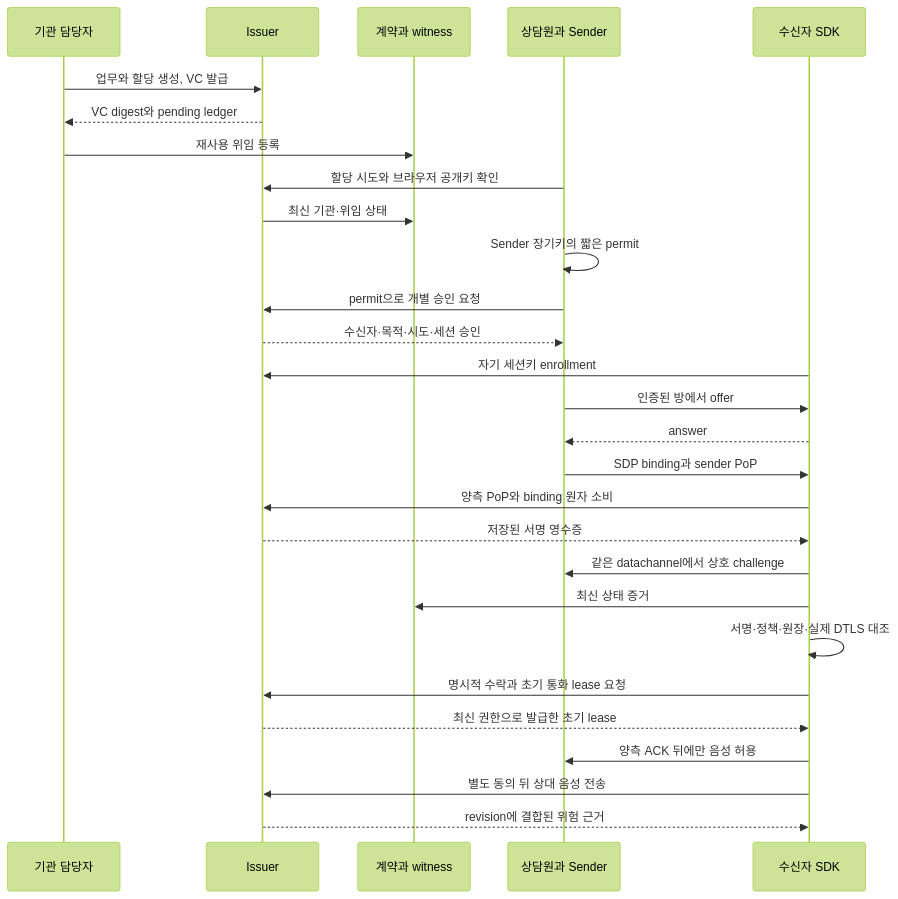
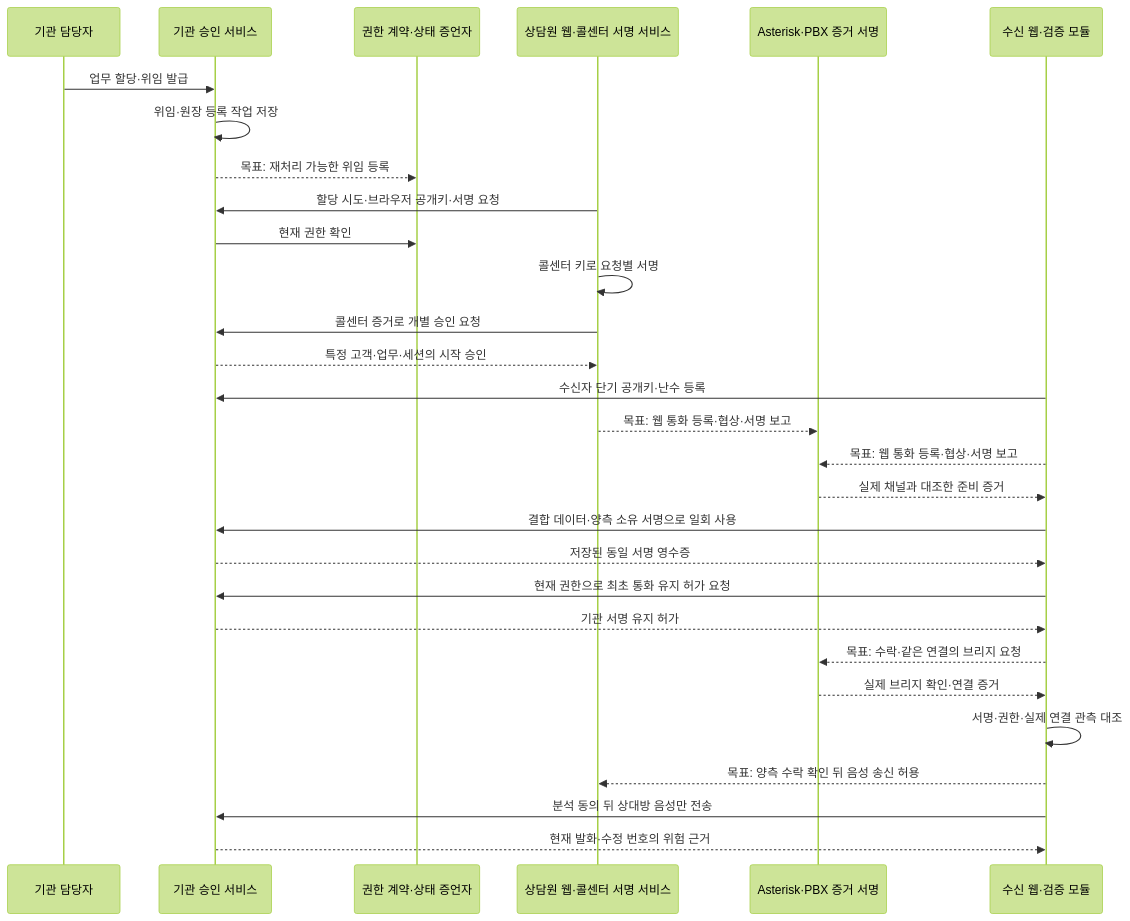
One commit to 0u-Y/CallSign changed the third of 7 diagrams in docs/MASTER-DEVELOPMENT-SPEC.md. Above: the diagram before and after it, drawn with Mermaid (forest theme). The commit also changed other lines of this file and 20 other files, not shown here.

````diff
--- a/docs/MASTER-DEVELOPMENT-SPEC.md
+++ b/docs/MASTER-DEVELOPMENT-SPEC.md
@@ -118,30 +142,31 @@
 ```mermaid
 sequenceDiagram
   participant O as 기관 담당자
-  participant I as Issuer
-  participant L as 계약과 witness
-  participant G as 상담원과 Sender
-  participant R as 수신자 SDK
-  O->>I: 업무와 할당 생성, VC 발급
-  I-->>O: VC digest와 pending ledger
-  O->>L: 재사용 위임 등록
-  G->>I: 할당 시도와 브라우저 공개키 확인
-  I->>L: 최신 기관·위임 상태
-  G->>G: Sender 장기키의 짧은 permit
-  G->>I: permit으로 개별 승인 요청
-  I-->>G: 수신자·목적·시도·세션 승인
-  R->>I: 자기 세션키 enrollment
-  G->>R: 인증된 방에서 offer
-  R-->>G: answer
-  G->>R: SDP binding과 sender PoP
-  R->>I: 양측 PoP와 binding 원자 소비
-  I-->>R: 저장된 서명 영수증
-  R->>G: 같은 datachannel에서 상호 challenge
-  R->>L: 최신 상태 증거
-  R->>R: 서명·정책·원장·실제 DTLS 대조
-  R->>I: 명시적 수락과 초기 통화 lease 요청
-  I-->>R: 최신 권한으로 발급한 초기 lease
-  R->>G: 양측 ACK 뒤에만 음성 허용
-  R->>I: 별도 동의 뒤 상대 음성 전송
-  I-->>R: revision에 결합된 위험 근거
+  participant I as 기관 승인 서비스
+  participant L as 권한 계약·상태 증언자
+  participant G as 상담원 웹·콜센터 서명 서비스
+  participant P as Asterisk·PBX 증거 서명
+  participant R as 수신 웹·검증 모듈
+  O->>I: 업무 할당·위임 발급
+  I->>I: 위임·원장 등록 작업 저장
+  I-->>L: 목표: 재처리 가능한 위임 등록
+  G->>I: 할당 시도·브라우저 공개키·서명 요청
+  I->>L: 현재 권한 확인
+  G->>G: 콜센터 키로 요청별 서명
+  G->>I: 콜센터 증거로 개별 승인 요청
+  I-->>G: 특정 고객·업무·세션의 시작 승인
+  R->>I: 수신자 단기 공개키·난수 등록
+  G-->>P: 목표: 웹 통화 등록·협상·서명 보고
+  R-->>P: 목표: 웹 통화 등록·협상·서명 보고
+  P-->>R: 실제 채널과 대조한 준비 증거
+  R->>I: 결합 데이터·양측 소유 서명으로 일회 사용
+  I-->>R: 저장된 동일 서명 영수증
+  R->>I: 현재 권한으로 최초 통화 유지 허가 요청
+  I-->>R: 기관 서명 유지 허가
+  R-->>P: 목표: 수락·같은 연결의 브리지 요청
+  P-->>R: 실제 브리지 확인·연결 증거
+  R->>R: 서명·권한·실제 연결 관측 대조
+  R-->>G: 목표: 양측 수락 확인 뒤 음성 송신 허용
+  R->>I: 분석 동의 뒤 상대방 음성만 전송
+  I-->>R: 현재 발화·수정 번호의 위험 근거
 ```
````
